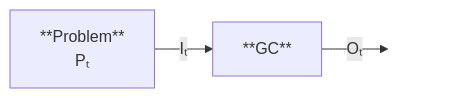
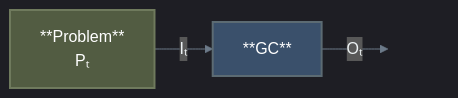
The second of 2 diagrams in docs/components/problems/overview.md (Shapedsundew9/erasmus-gp), drawn with Mermaid before and after one commit. The commit also changed other lines of this file and 21 other files, not shown here.

First line of the commit message:
Enhance Mermaid Diagrams and Color Consistency Across Documentation

````diff
--- a/docs/components/problems/overview.md
+++ b/docs/components/problems/overview.md
@@ -45,12 +41,14 @@
 ```mermaid
+%%{init: { 'theme': 'dark', 'themeVariables': { 'lineColor': '#6c7a89', 'textColor': '#edf2f4', 'mainBkg': '#2b2d42', 'primaryBorderColor': '#4a4e69' }}}%%
 flowchart LR
+    %% Base/Default (Dark Slate)
+    classDef default fill:#2b2d42,stroke:#4a4e69,stroke-width:2px,color:#edf2f4
+    classDef dataBlue fill:#3a506b,stroke:#5c6b73,stroke-width:2px,color:#ffffff
+    classDef dataOlive fill:#525c42,stroke:#6f7a5d,stroke-width:2px,color:#ffffff
+    classDef noborder fill:none,stroke:none;
 
-    p[**Problem**
-    Pₜ]
-
-    gc[**GC**]
+    p[**Problem**<br/>Pₜ]:::dataOlive
+    gc[**GC**]:::dataBlue
 
     p  --"Iₜ"--> gc --"Oₜ"--> o[" "]:::noborder
-
-    classDef noborder fill:none,stroke:none;
 ```
````
